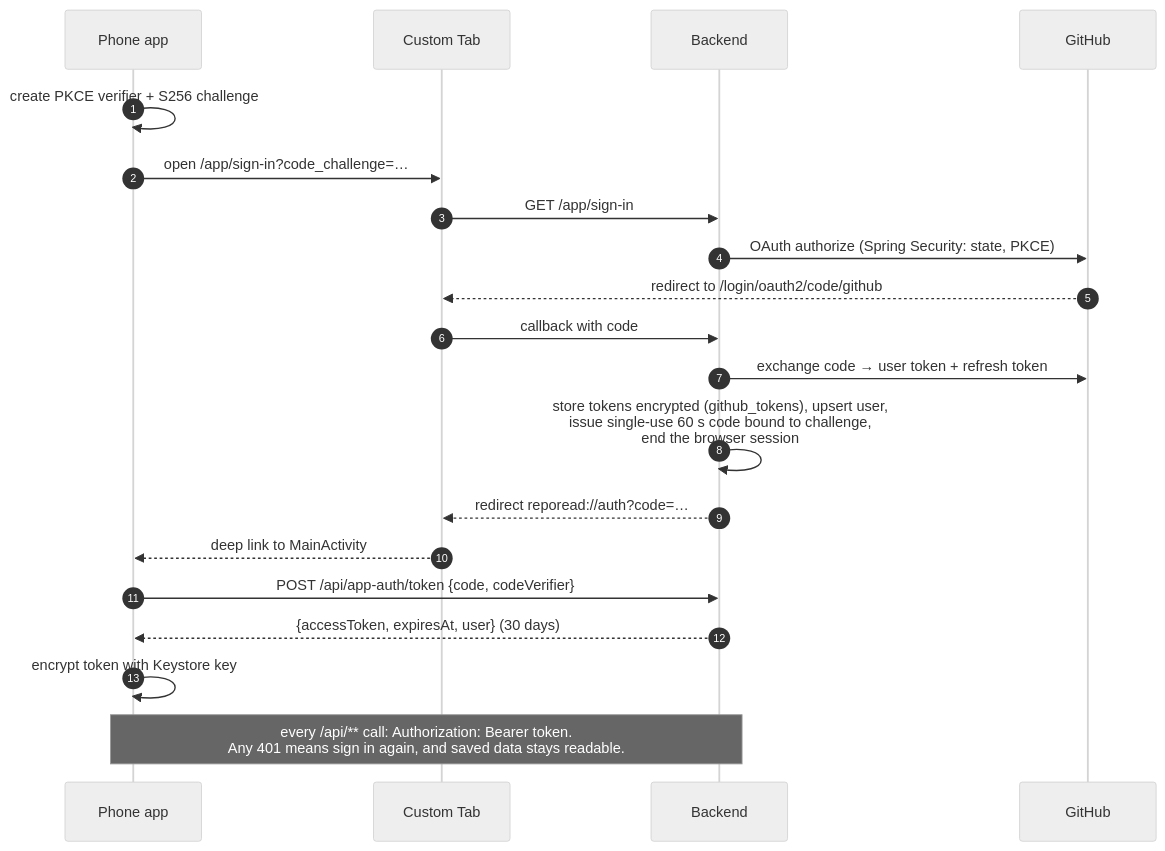
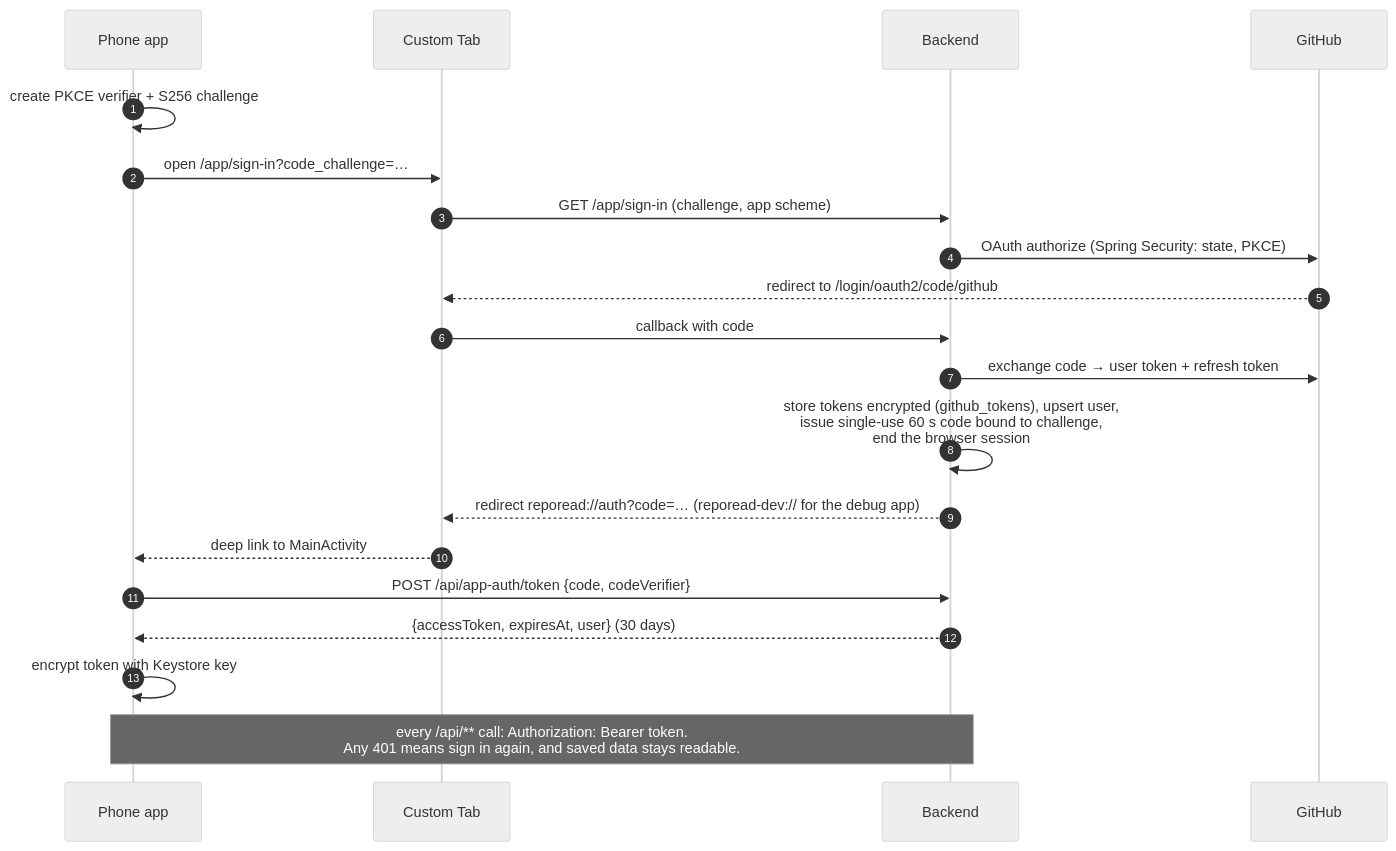
The sixth of 12 diagrams in docs/architecture.md (jaxwong/reporead), drawn with Mermaid (neutral theme) before and after one commit. The commit also changed other lines of this file and 14 other files, not shown here.

First line of the commit message:
Install the debug build as a separate app, RepoRead Dev, beside the release

````diff
--- a/docs/architecture.md
+++ b/docs/architecture.md
@@ -345,23 +345,23 @@
 ```mermaid
 sequenceDiagram
     autonumber
     participant App as Phone app
     participant Tab as Custom Tab
     participant API as Backend
     participant GH as GitHub
 
     App->>App: create PKCE verifier + S256 challenge
     App->>Tab: open /app/sign-in?code_challenge=…
-    Tab->>API: GET /app/sign-in
+    Tab->>API: GET /app/sign-in (challenge, app scheme)
     API->>GH: OAuth authorize (Spring Security: state, PKCE)
     GH-->>Tab: redirect to /login/oauth2/code/github
     Tab->>API: callback with code
     API->>GH: exchange code → user token + refresh token
     API->>API: store tokens encrypted (github_tokens), upsert user,<br/>issue single-use 60 s code bound to challenge,<br/>end the browser session
-    API-->>Tab: redirect reporead://auth?code=…
+    API-->>Tab: redirect reporead://auth?code=… (reporead-dev:// for the debug app)
     Tab-->>App: deep link to MainActivity
     App->>API: POST /api/app-auth/token {code, codeVerifier}
     API-->>App: {accessToken, expiresAt, user} (30 days)
     App->>App: encrypt token with Keystore key
     Note over App,API: every /api/** call: Authorization: Bearer token.<br/>Any 401 means sign in again, and saved data stays readable.
 ```
````
